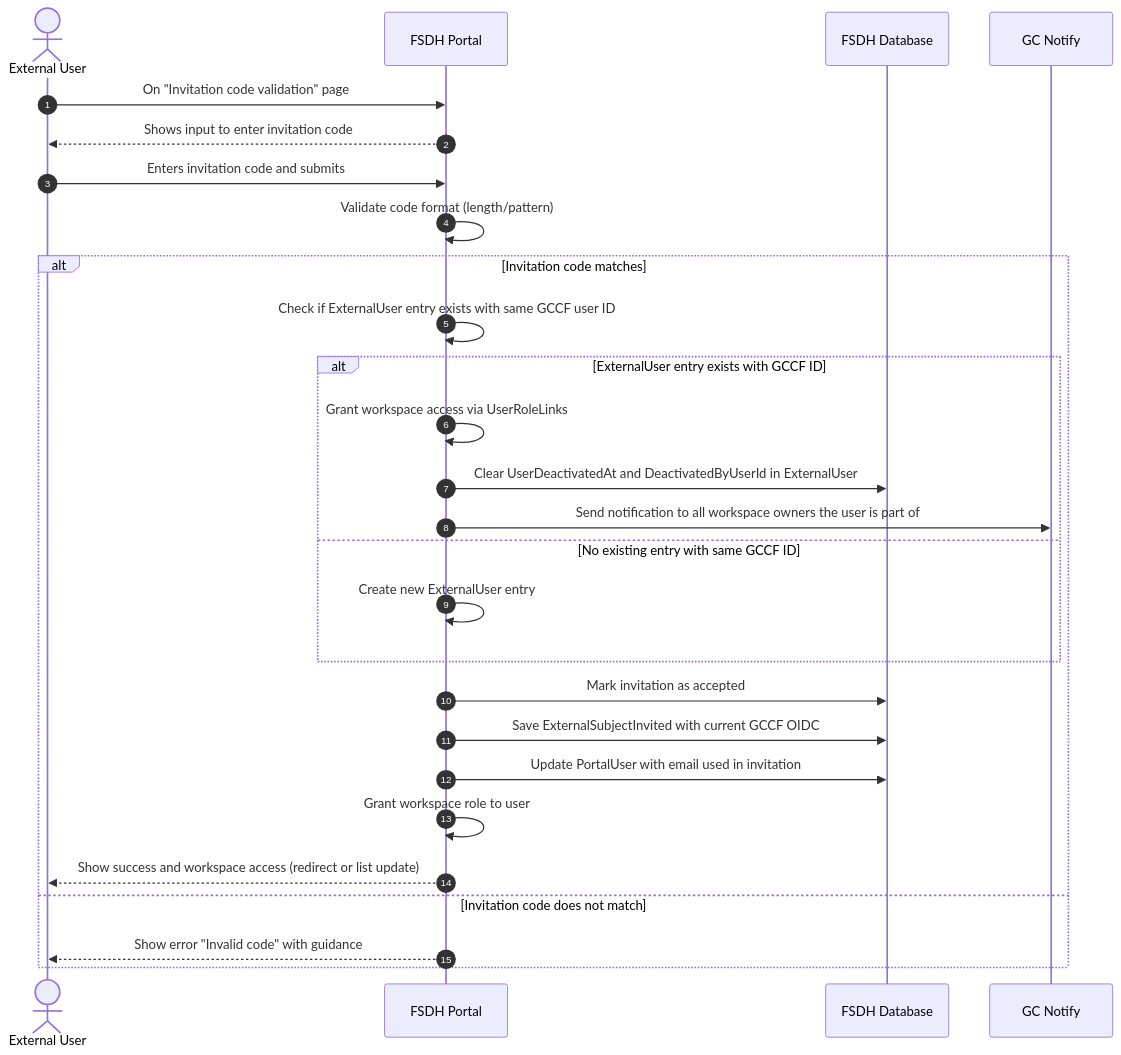
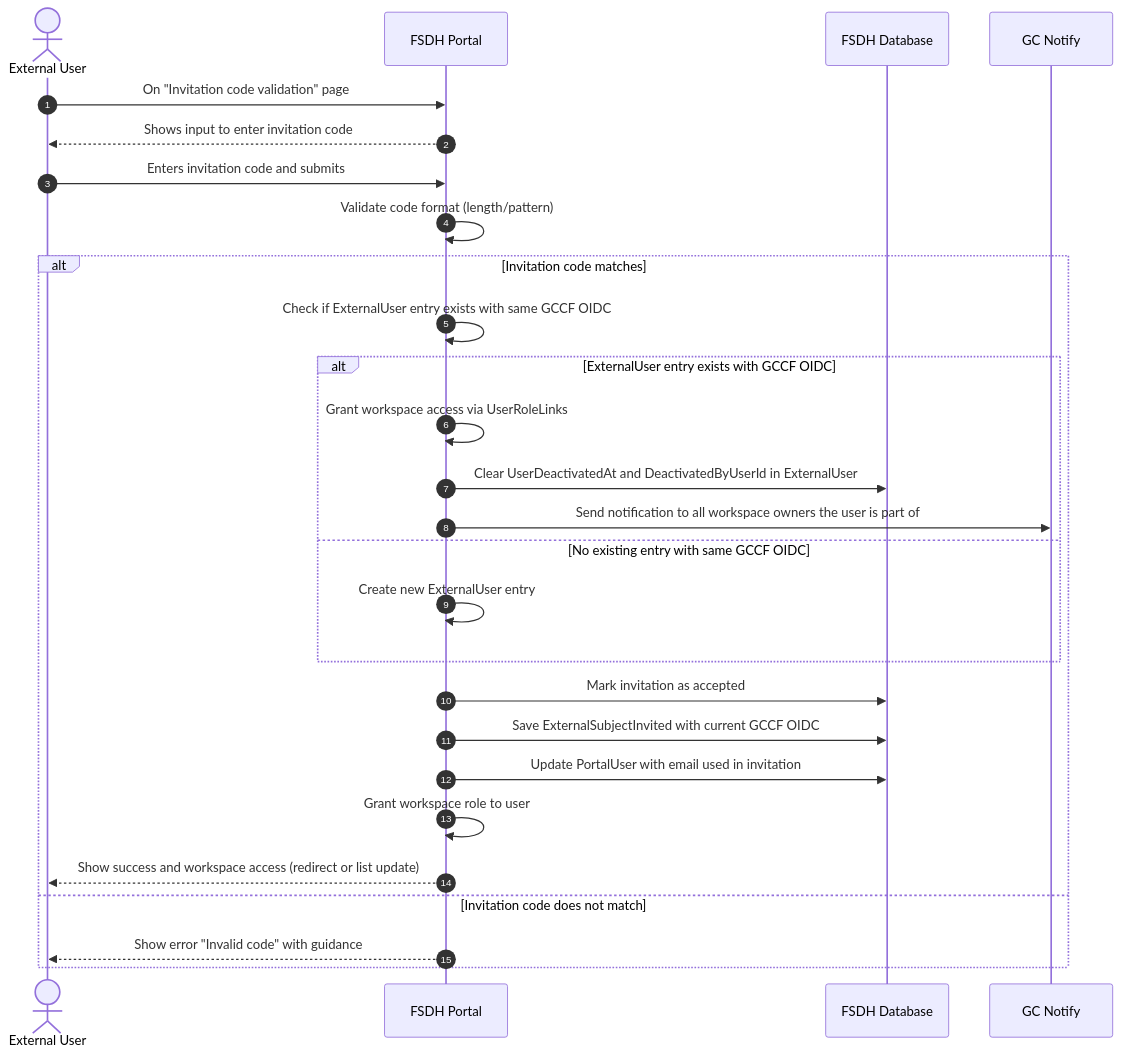
Before and after one commit to ssc-sp/datahub-docs: the seventh of 12 diagrams in DeveloperGuide/GCCF/AuthenticationFlows.md, drawn with Mermaid. The commit also changed other lines of this file, not shown here.

Commit message:
clarified GCCF

````diff
--- a/DeveloperGuide/GCCF/AuthenticationFlows.md
+++ b/DeveloperGuide/GCCF/AuthenticationFlows.md
@@ -222,30 +222,30 @@
 ```mermaid
 sequenceDiagram
     actor User as External User
     participant FSDH as FSDH Portal
     participant DB as FSDH Database
     participant GCNotify as GC Notify
 
     autonumber
     User->>FSDH: On "Invitation code validation" page    
     FSDH-->>User: Shows input to enter invitation code
     User->>FSDH: Enters invitation code and submits
     FSDH->>FSDH: Validate code format (length/pattern)
     alt Invitation code matches
-        FSDH->>FSDH: Check if ExternalUser entry exists with same GCCF user ID
-        alt ExternalUser entry exists with GCCF ID
+        FSDH->>FSDH: Check if ExternalUser entry exists with same GCCF OIDC
+        alt ExternalUser entry exists with GCCF OIDC
             FSDH->>FSDH: Grant workspace access via UserRoleLinks
             FSDH->>DB: Clear UserDeactivatedAt and DeactivatedByUserId in ExternalUser
             FSDH->>GCNotify: Send notification to all workspace owners the user is part of
-        else No existing entry with same GCCF ID
+        else No existing entry with same GCCF OIDC
             FSDH->>FSDH: Create new ExternalUser entry
         end    
         FSDH->>DB: Mark invitation as accepted
         FSDH->>DB: Save ExternalSubjectInvited with current GCCF OIDC
         FSDH->>DB: Update PortalUser with email used in invitation
         FSDH->>FSDH: Grant workspace role to user
         FSDH-->>User: Show success and workspace access (redirect or list update)
     else Invitation code does not match
         FSDH-->>User: Show error "Invalid code" with guidance
     end
 ```
````
